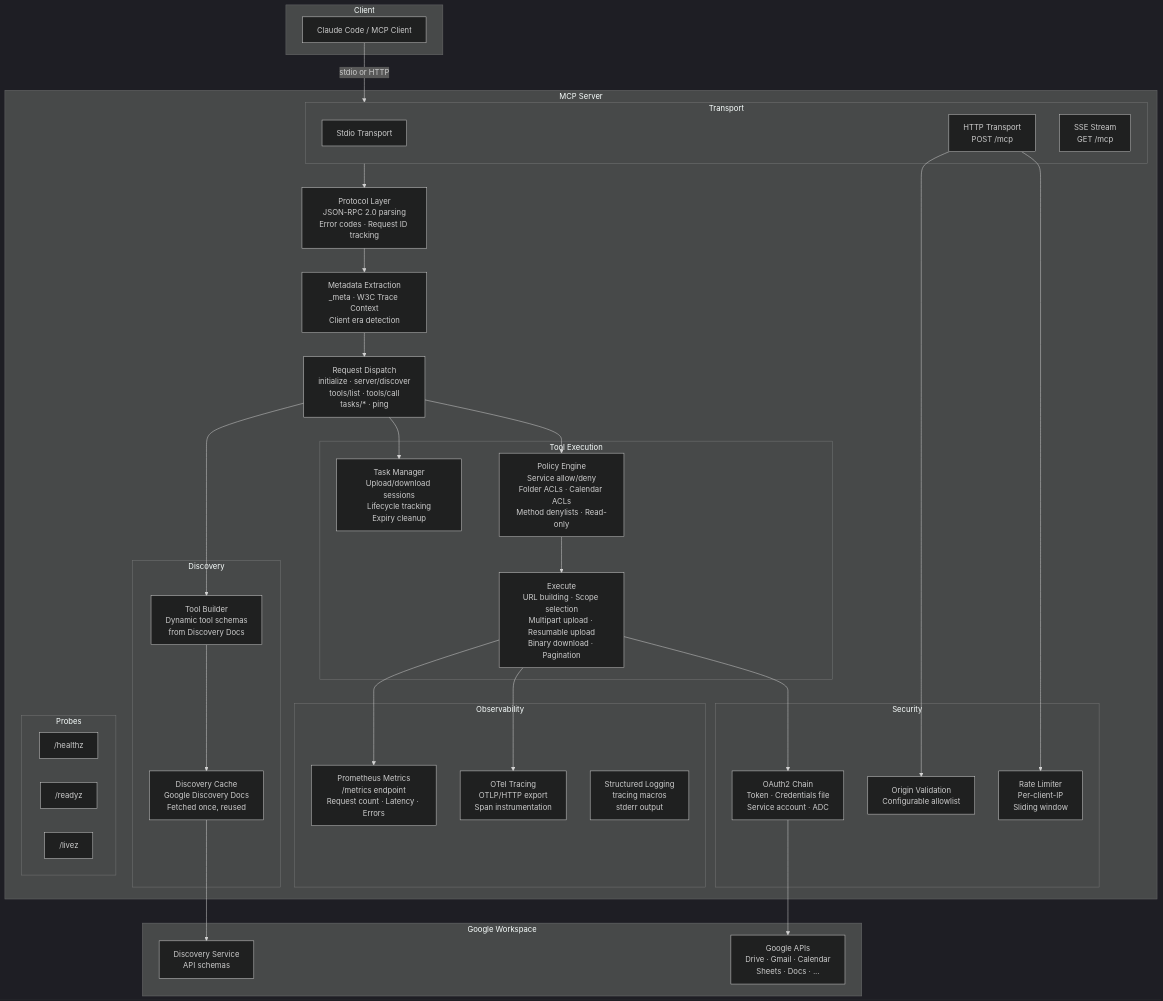
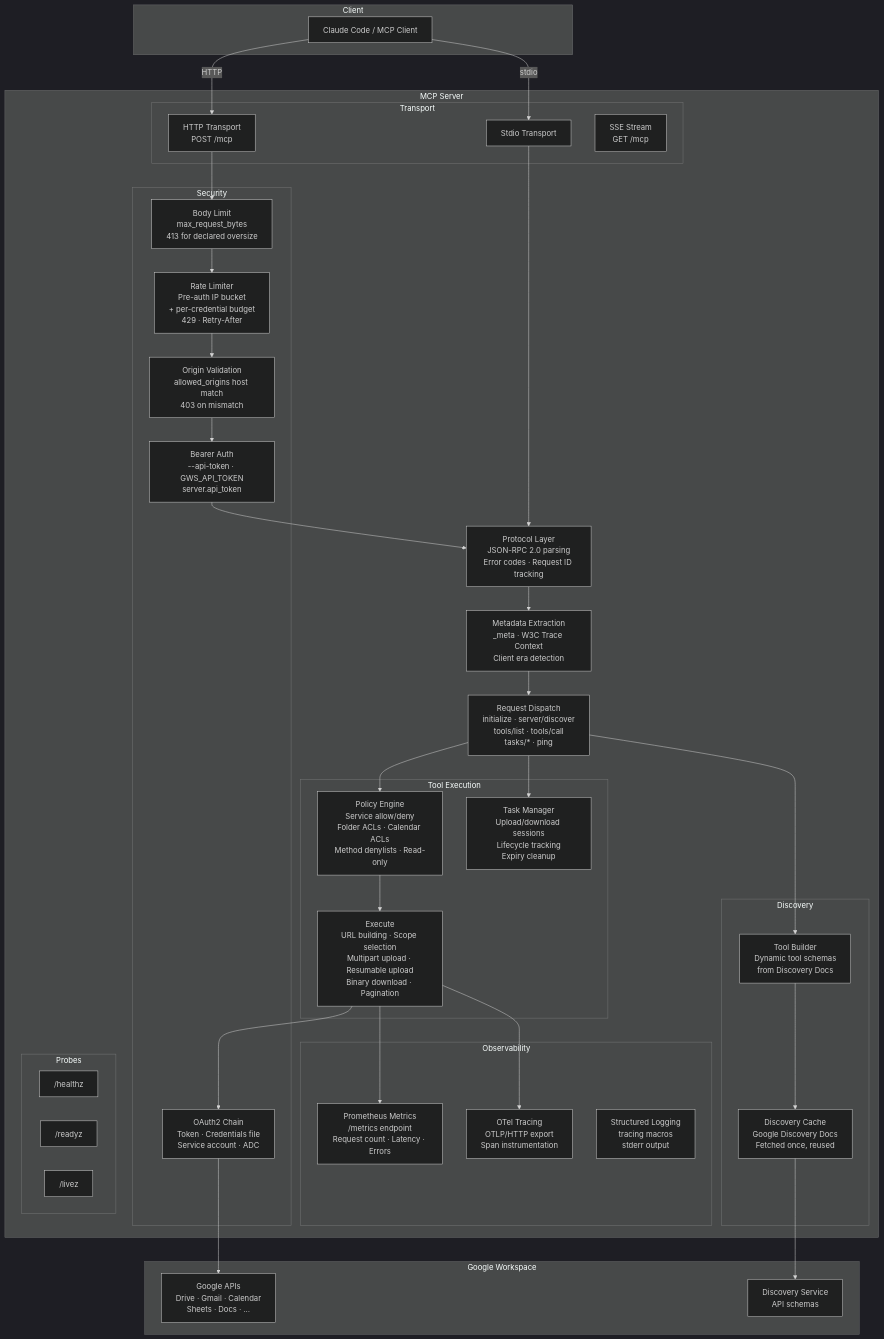
One commit to fabiendupont/mcp-google-workspace changed the first of 3 diagrams in docs/architecture.md. Above: the diagram before and after it, drawn with Mermaid (dark theme). The commit also changed other lines of this file and 64 other files, not shown here.

````diff
--- a/docs/architecture.md
+++ b/docs/architecture.md
@@ -5,69 +5,75 @@
 ```mermaid
 graph TB
     subgraph Client
         CC[Claude Code / MCP Client]
     end
 
     subgraph "MCP Server"
         subgraph Transport
             STDIO[Stdio Transport]
             HTTP[HTTP Transport<br/>POST /mcp]
             SSE[SSE Stream<br/>GET /mcp]
         end
 
         PROTO[Protocol Layer<br/>JSON-RPC 2.0 parsing<br/>Error codes · Request ID tracking]
         META[Metadata Extraction<br/>_meta · W3C Trace Context<br/>Client era detection]
         DISPATCH[Request Dispatch<br/>initialize · server/discover<br/>tools/list · tools/call<br/>tasks/* · ping]
 
         subgraph "Tool Execution"
             POLICY[Policy Engine<br/>Service allow/deny<br/>Folder ACLs · Calendar ACLs<br/>Method denylists · Read-only]
             EXEC[Execute<br/>URL building · Scope selection<br/>Multipart upload · Resumable upload<br/>Binary download · Pagination]
             TASKS[Task Manager<br/>Upload/download sessions<br/>Lifecycle tracking<br/>Expiry cleanup]
         end
 
         subgraph Discovery
             CACHE[Discovery Cache<br/>Google Discovery Docs<br/>Fetched once, reused]
             TOOLS[Tool Builder<br/>Dynamic tool schemas<br/>from Discovery Docs]
         end
 
         subgraph Observability
             METRICS[Prometheus Metrics<br/>/metrics endpoint<br/>Request count · Latency · Errors]
             TRACE[OTel Tracing<br/>OTLP/HTTP export<br/>Span instrumentation]
             LOG[Structured Logging<br/>tracing macros<br/>stderr output]
         end
 
         subgraph Security
+            BODY[Body Limit<br/>max_request_bytes<br/>413 for declared oversize]
+            RATE[Rate Limiter<br/>Pre-auth IP bucket<br/>+ per-credential budget<br/>429 · Retry-After]
+            ORIGIN[Origin Validation<br/>allowed_origins host match<br/>403 on mismatch]
+            BEARER[Bearer Auth<br/>--api-token · GWS_API_TOKEN<br/>server.api_token]
             AUTH[OAuth2 Chain<br/>Token · Credentials file<br/>Service account · ADC]
-            RATE[Rate Limiter<br/>Per-client-IP<br/>Sliding window]
-            ORIGIN[Origin Validation<br/>Configurable allowlist]
         end
 
         subgraph Probes
             HEALTH["/healthz"]
             READY["/readyz"]
             LIVE["/livez"]
         end
     end
 
     subgraph "Google Workspace"
         GAPI[Google APIs<br/>Drive · Gmail · Calendar<br/>Sheets · Docs · ...]
         DISC[Discovery Service<br/>API schemas]
     end
 
-    CC -->|stdio or HTTP| Transport
-    Transport --> PROTO
+    CC -->|stdio| STDIO
+    CC -->|HTTP| HTTP
+    STDIO --> PROTO
+    HTTP --> BODY
+    BODY --> RATE
+    RATE --> ORIGIN
+    ORIGIN --> BEARER
+    BEARER --> PROTO
     PROTO --> META
     META --> DISPATCH
     DISPATCH --> POLICY
     POLICY --> EXEC
     EXEC --> AUTH
     AUTH --> GAPI
     DISPATCH --> TASKS
     DISPATCH --> TOOLS
     TOOLS --> CACHE
     CACHE --> DISC
     EXEC --> TRACE
     EXEC --> METRICS
-    HTTP --> RATE
-    HTTP --> ORIGIN
 ```
````
